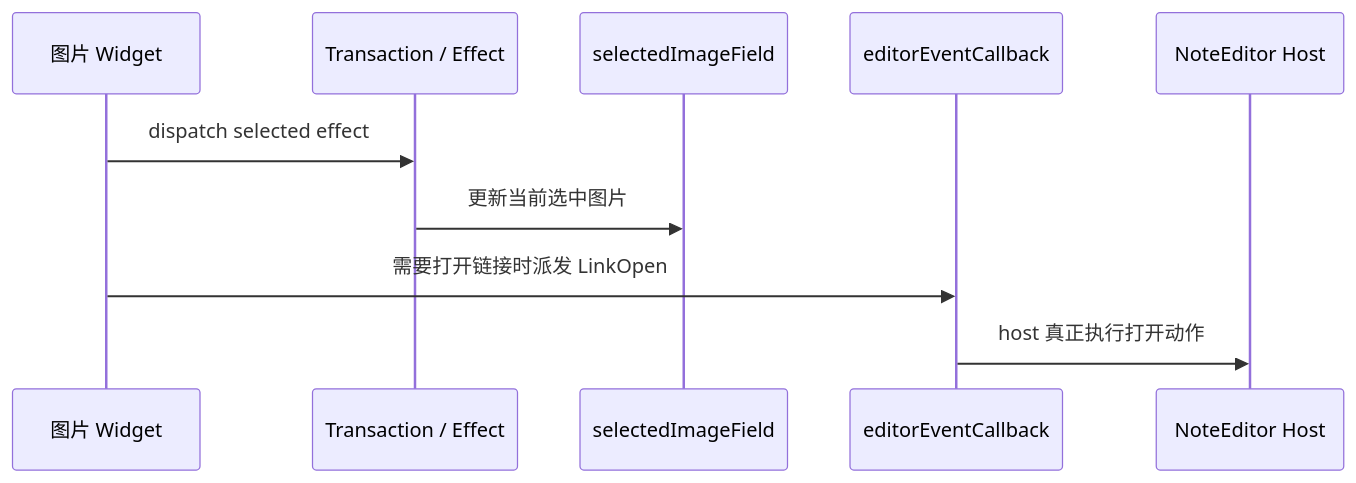
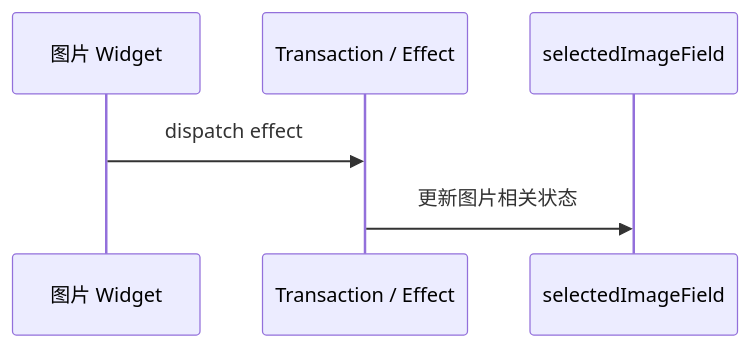
One commit to swarm-apps/SwarmNote changed the third of 4 diagrams in dev-notes/cm6-from-0-to-1/08-读懂-renderBlockImages-这个真实扩展.md. Above: the diagram before and after it, drawn with Mermaid. The commit also changed other lines of this file and 9 other files, not shown here.

````diff
--- a/dev-notes/cm6-from-0-to-1/08-读懂-renderBlockImages-这个真实扩展.md
+++ b/dev-notes/cm6-from-0-to-1/08-读懂-renderBlockImages-这个真实扩展.md
@@ -122,13 +161,9 @@
 ```mermaid
 sequenceDiagram
     participant Widget as 图片 Widget
     participant Tr as Transaction / Effect
     participant Field as selectedImageField
-    participant Facet as editorEventCallback
-    participant Host as NoteEditor Host
 
-    Widget->>Tr: dispatch selected effect
-    Tr->>Field: 更新当前选中图片
-    Widget->>Facet: 需要打开链接时派发 LinkOpen
-    Facet->>Host: host 真正执行打开动作
+    Widget->>Tr: dispatch effect
+    Tr->>Field: 更新图片相关状态
 ```
````
